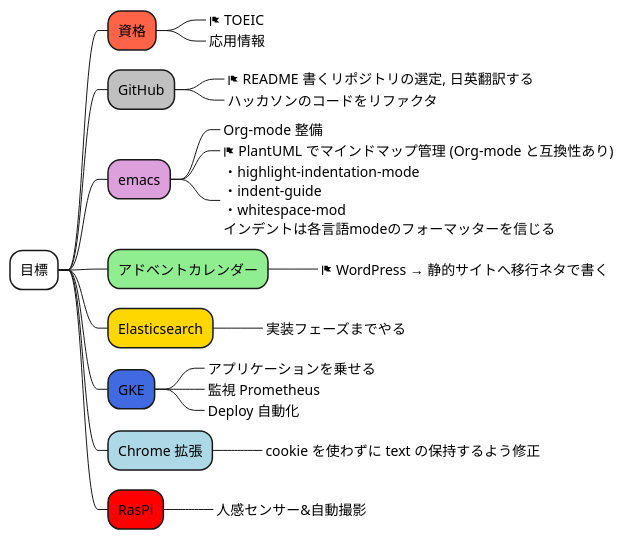
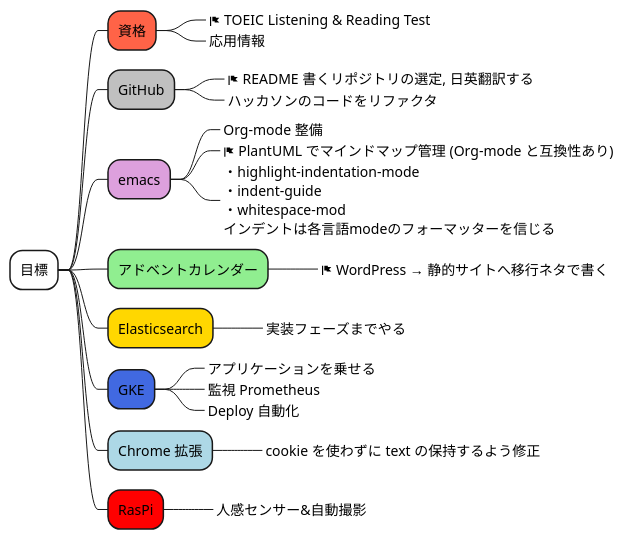
Before and after one commit to Ishizuka427/MindMap: the diagram in test.puml, drawn with PlantUML.

```diff
--- a/test.puml
+++ b/test.puml
@@ -1,25 +1,25 @@
 @startmindmap
 *[#white] 目標
 **[#tomato] 資格
-***_ <&flag> TOEIC
+***_ <&flag> TOEIC Listening & Reading Test
 ***_ 応用情報
 **[#silver] GitHub
 ***_ <&flag> README 書くリポジトリの選定, 日英翻訳する
 ***_ ハッカソンのコードをリファクタ
 **[#plum] emacs
 ***_ Org-mode 整備
 ***_ <&flag> PlantUML でマインドマップ管理 (Org-mode と互換性あり)
 ***_ ・highlight-indentation-mode \n・indent-guide \n・whitespace-mod \nインデントは各言語modeのフォーマッターを信じる
 **[#lightgreen] アドベントカレンダー
 ***_ <&flag> WordPress → 静的サイトへ移行ネタで書く
 **[#gold] Elasticsearch
 ***_ 実装フェーズまでやる
 **[#royalblue] GKE
 ***_ アプリケーションを乗せる
 ***_ 監視 Prometheus
 ***_ Deploy 自動化 
 **[#lightblue] Chrome 拡張
 ***_ cookie を使わずに text の保持するよう修正
 **[#red] RasPi
 ***_ 人感センサー&自動撮影
 @endmindmap
```
